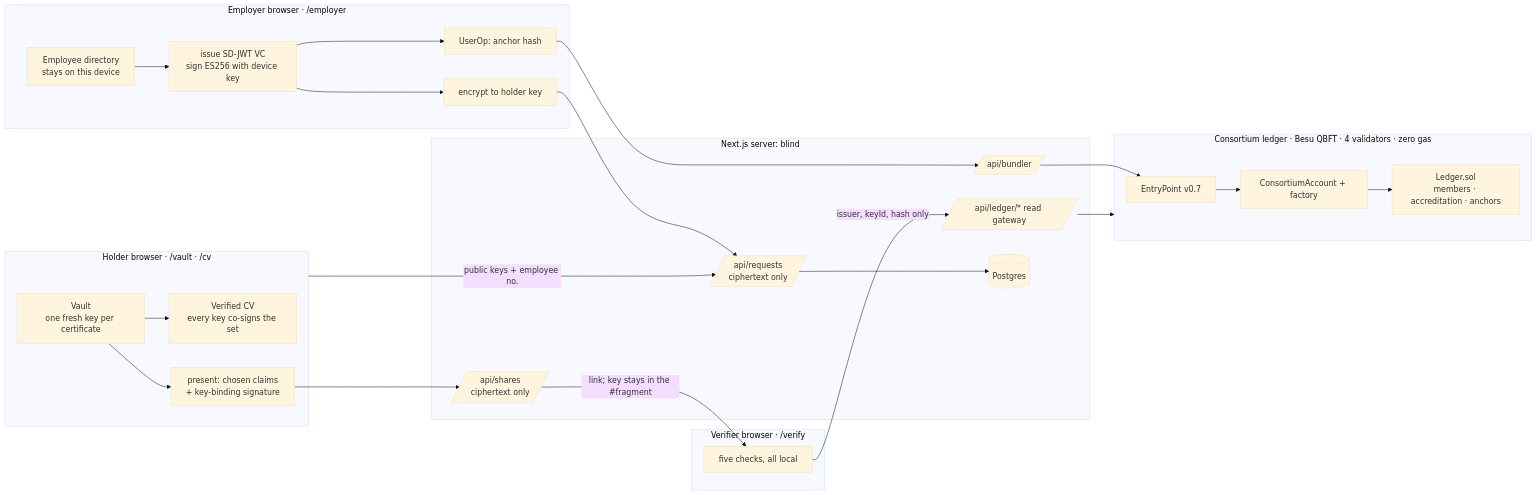
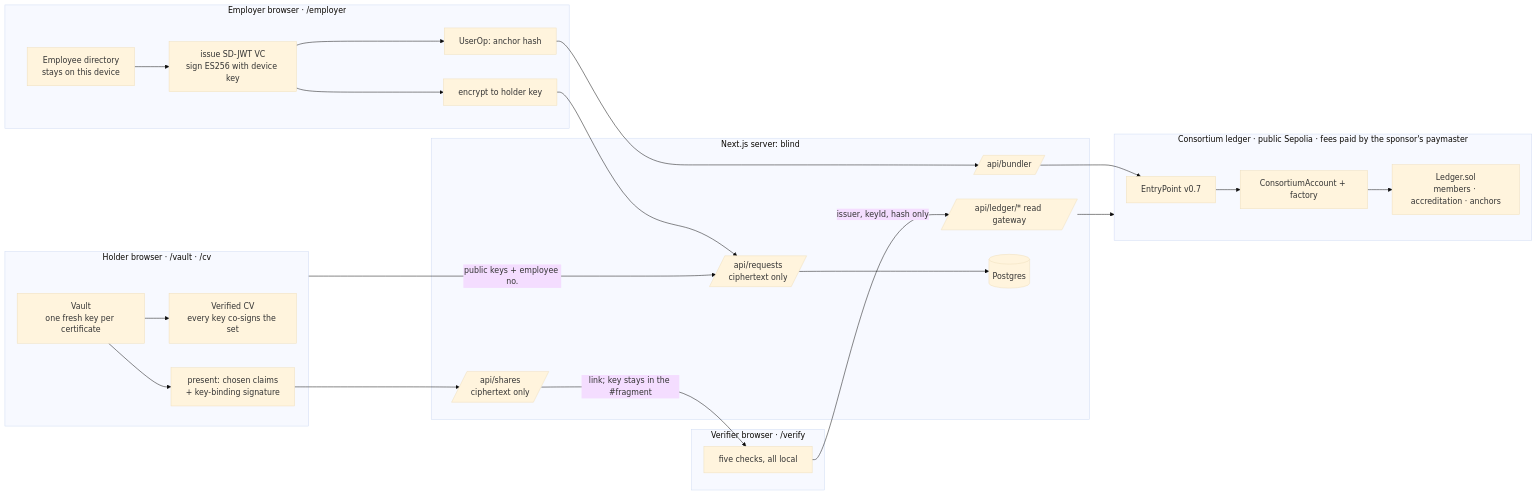
Before and after one commit to BriLuzaOG/Constancia: the diagram in docs/plan/contracts.md, drawn with Mermaid (base theme). The commit also changed other lines of this file and 9 other files, not shown here.

Commit message:
docs(plan): retarget the consortium ledger to public Sepolia with a sponsored paymaster

````diff
--- a/docs/plan/contracts.md
+++ b/docs/plan/contracts.md
@@ -12,34 +12,34 @@
 ```mermaid
 flowchart LR
   subgraph HR[Employer browser · /employer]
     DIR[Employee directory<br/>stays on this device] --> ISS[issue SD-JWT VC<br/>sign ES256 with device key]
     ISS --> ANC[UserOp: anchor hash]
     ISS --> ENC[encrypt to holder key]
   end
   subgraph HOLD[Holder browser · /vault · /cv]
     VAULT[Vault<br/>one fresh key per certificate] --> PRES[present: chosen claims<br/>+ key-binding signature]
     VAULT --> CV[Verified CV<br/>every key co-signs the set]
   end
   subgraph VER[Verifier browser · /verify]
     CHK[five checks, all local]
   end
   subgraph SRV[Next.js server: blind]
     REQ[/api/requests<br/>ciphertext only/]
     SHR[/api/shares<br/>ciphertext only/]
     BND[/api/bundler/]
     GW[/api/ledger/* read gateway/]
     DB[(Postgres)]
   end
-  subgraph NET[Consortium ledger · Besu QBFT · 4 validators · zero gas]
+  subgraph NET[Consortium ledger · public Sepolia · fees paid by the sponsor's paymaster]
     EP[EntryPoint v0.7]
     ACC[ConsortiumAccount + factory]
     LED[Ledger.sol<br/>members · accreditation · anchors]
   end
   HOLD -- "public keys + employee no." --> REQ
   ENC --> REQ
   REQ --> DB
   PRES --> SHR
   SHR -- "link; key stays in the #fragment" --> CHK
   ANC --> BND --> EP --> ACC --> LED
   CHK -- "issuer, keyId, hash only" --> GW --> NET
 ```
````
